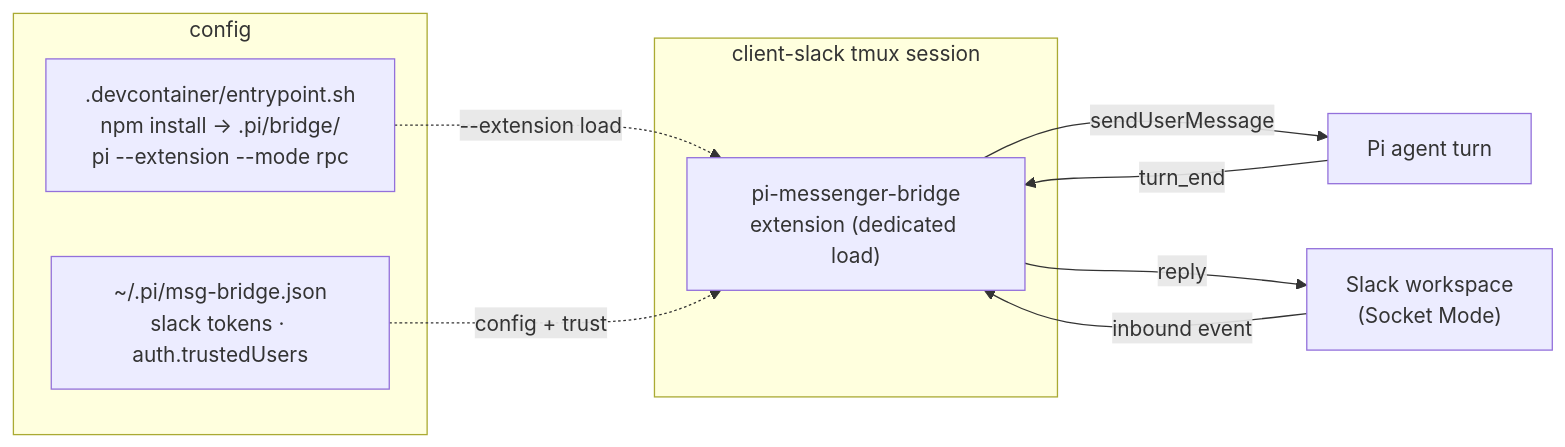
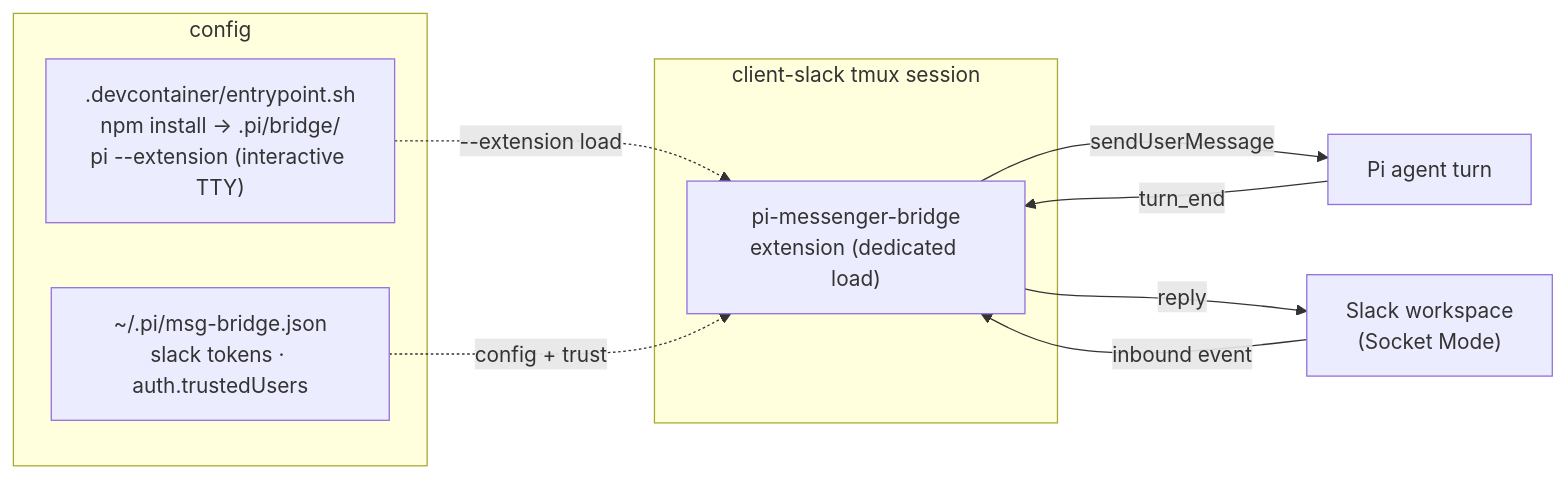
One commit to mifunedev/openharness changed the diagram in wiki/pi-messenger-bridge.md. Above: the diagram before and after it, drawn with Mermaid. The commit also changed other lines of this file and 8 other files, not shown here.

First line of the commit message:
fix: run client-slack bridge interactive (kill json flood) + codex retry-recovery

````diff
--- a/wiki/pi-messenger-bridge.md
+++ b/wiki/pi-messenger-bridge.md
@@ -41,16 +44,16 @@
 ```mermaid
 flowchart LR
   subgraph cfg[config]
-    ENTRY[".devcontainer/entrypoint.sh<br/>npm install → .pi/bridge/<br/>pi --extension --mode rpc"]
+    ENTRY[".devcontainer/entrypoint.sh<br/>npm install → .pi/bridge/<br/>pi --extension (interactive TTY)"]
     JSON["~/.pi/msg-bridge.json<br/>slack tokens · auth.trustedUsers"]
   end
   subgraph sess["client-slack tmux session"]
     EXT["pi-messenger-bridge<br/>extension (dedicated load)"]
   end
   SLACK["Slack workspace<br/>(Socket Mode)"] -->|inbound event| EXT
   ENTRY -. "--extension load" .-> EXT
   JSON -.config + trust.-> EXT
   EXT -->|sendUserMessage| TURN["Pi agent turn"]
   TURN -->|turn_end| EXT
   EXT -->|reply| SLACK
 ```
````
